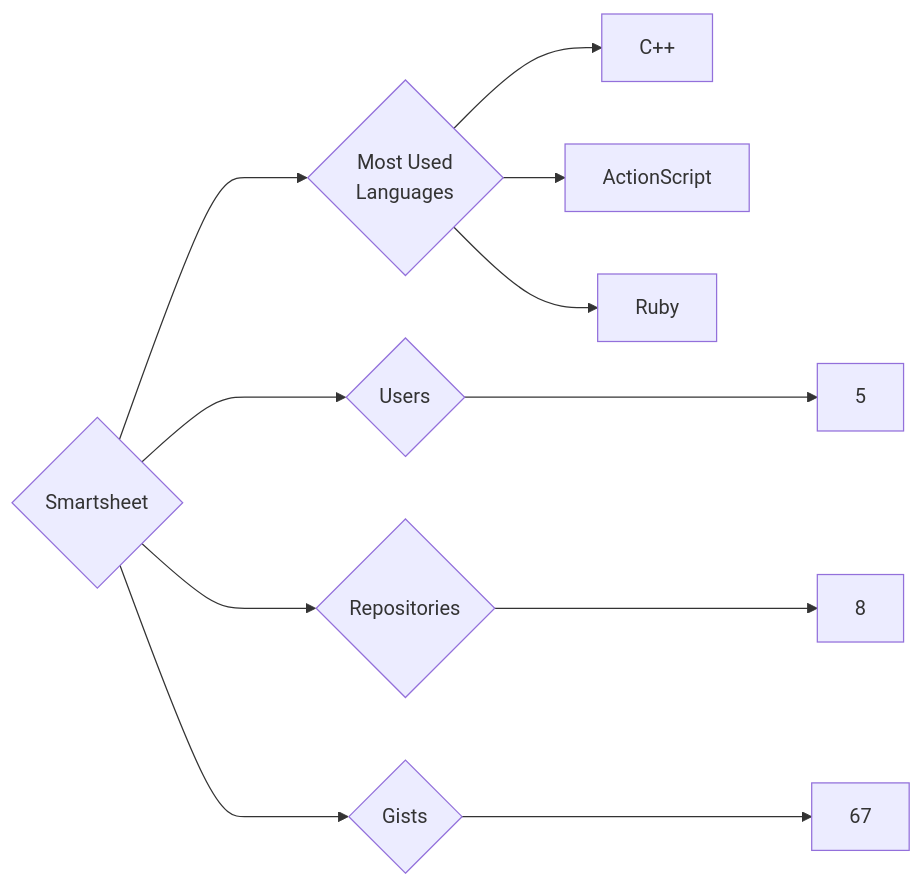
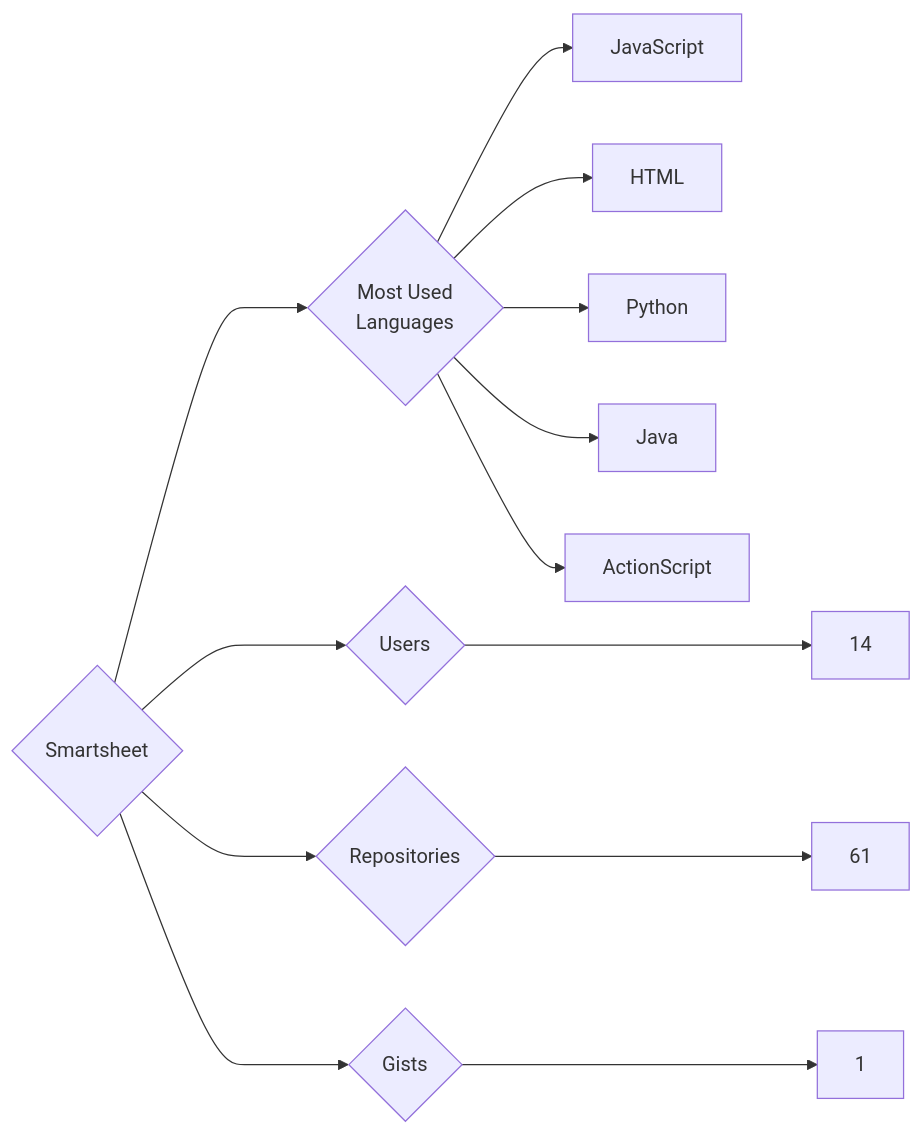
One commit to trickest/insiders changed the diagram in targets/Smartsheet/README.md. Above: the diagram before and after it, drawn with Mermaid. The commit also changed 878 other files, not shown here.

````diff
--- a/targets/Smartsheet/README.md
+++ b/targets/Smartsheet/README.md
@@ -3,11 +3,13 @@
 ```mermaid
 graph LR
 COMPANY_NAME{Smartsheet}
-COMPANY_NAME ---> U{Users} ---> UN[5]
-COMPANY_NAME ---> R{Repositories} ---> RN[8]
-COMPANY_NAME ---> G{Gists} ---> GN[67]
+COMPANY_NAME ---> U{Users} ---> UN[14]
+COMPANY_NAME ---> R{Repositories} ---> RN[61]
+COMPANY_NAME ---> G{Gists} ---> GN[1]
 COMPANY_NAME ---> ML{Most Used<br>Languages}
-ML --> C++[C++]
+ML --> JavaScript[JavaScript]
+ML --> HTML[HTML]
+ML --> Python[Python]
+ML --> Java[Java]
 ML --> ActionScript[ActionScript]
-ML --> Ruby[Ruby]
 ```
````
